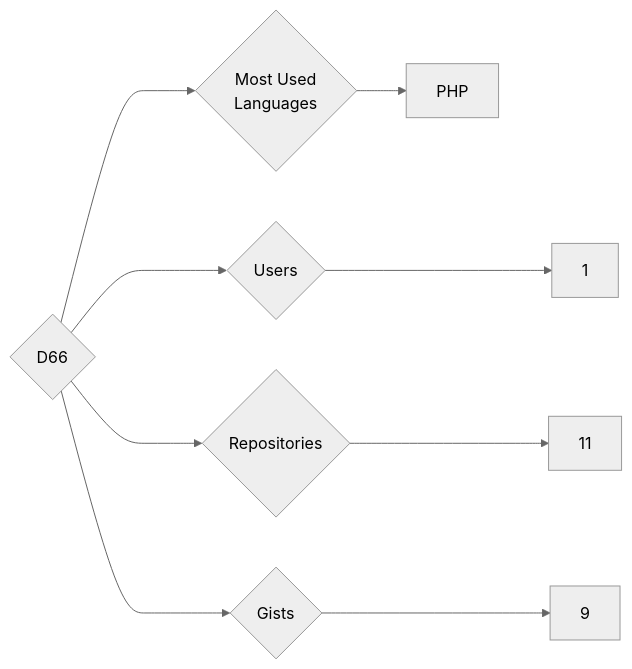
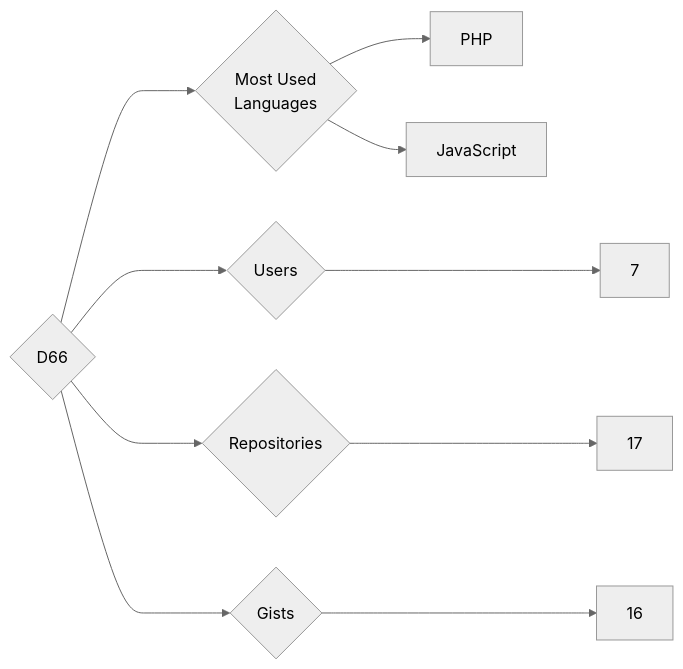
Before and after one commit to trickest/insiders: the diagram in targets/D66/README.md, drawn with Mermaid (neutral theme). The commit also changed 545 other files, not shown here.

````diff
--- a/targets/D66/README.md
+++ b/targets/D66/README.md
@@ -3,9 +3,10 @@
 ```mermaid
 graph LR
 COMPANY_NAME{D66}
-COMPANY_NAME ---> U{Users} ---> UN[1]
-COMPANY_NAME ---> R{Repositories} ---> RN[11]
-COMPANY_NAME ---> G{Gists} ---> GN[9]
+COMPANY_NAME ---> U{Users} ---> UN[7]
+COMPANY_NAME ---> R{Repositories} ---> RN[17]
+COMPANY_NAME ---> G{Gists} ---> GN[16]
 COMPANY_NAME ---> ML{Most Used<br>Languages}
 ML --> PHP[PHP]
+ML --> JavaScript[JavaScript]
 ```
````
